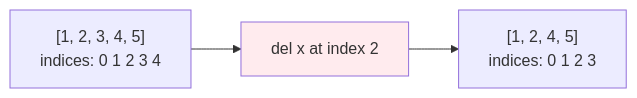
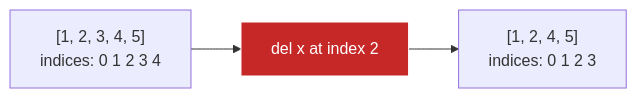
The first of 3 diagrams in jac/examples/reference/delete_statements.md (specialized806/jaseci), drawn with Mermaid before and after one commit. The commit also changed other lines of this file and 13 other files, not shown here.

Commit message:
imporve spec diagram styles

````diff
--- a/jac/examples/reference/delete_statements.md
+++ b/jac/examples/reference/delete_statements.md
@@ -25,7 +25,7 @@
 ```mermaid
 graph LR
     A["[1, 2, 3, 4, 5]<br/>indices: 0 1 2 3 4"] --> B[del x at index 2]
     B --> C["[1, 2, 4, 5]<br/>indices: 0 1 2 3"]
 
-    style B fill:#ffebee
+    style B fill:#c62828,stroke:#fff,color:#fff
 ```
````
